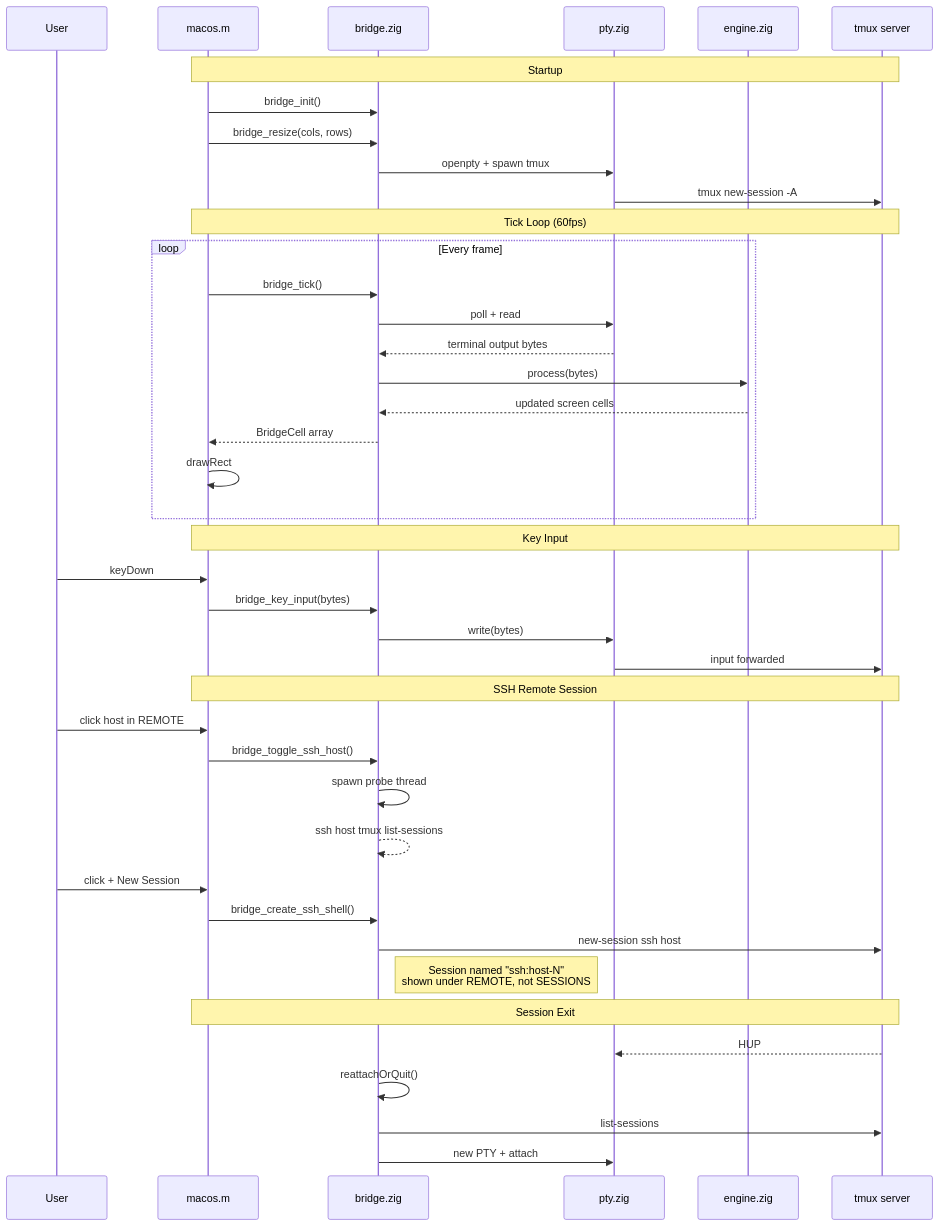
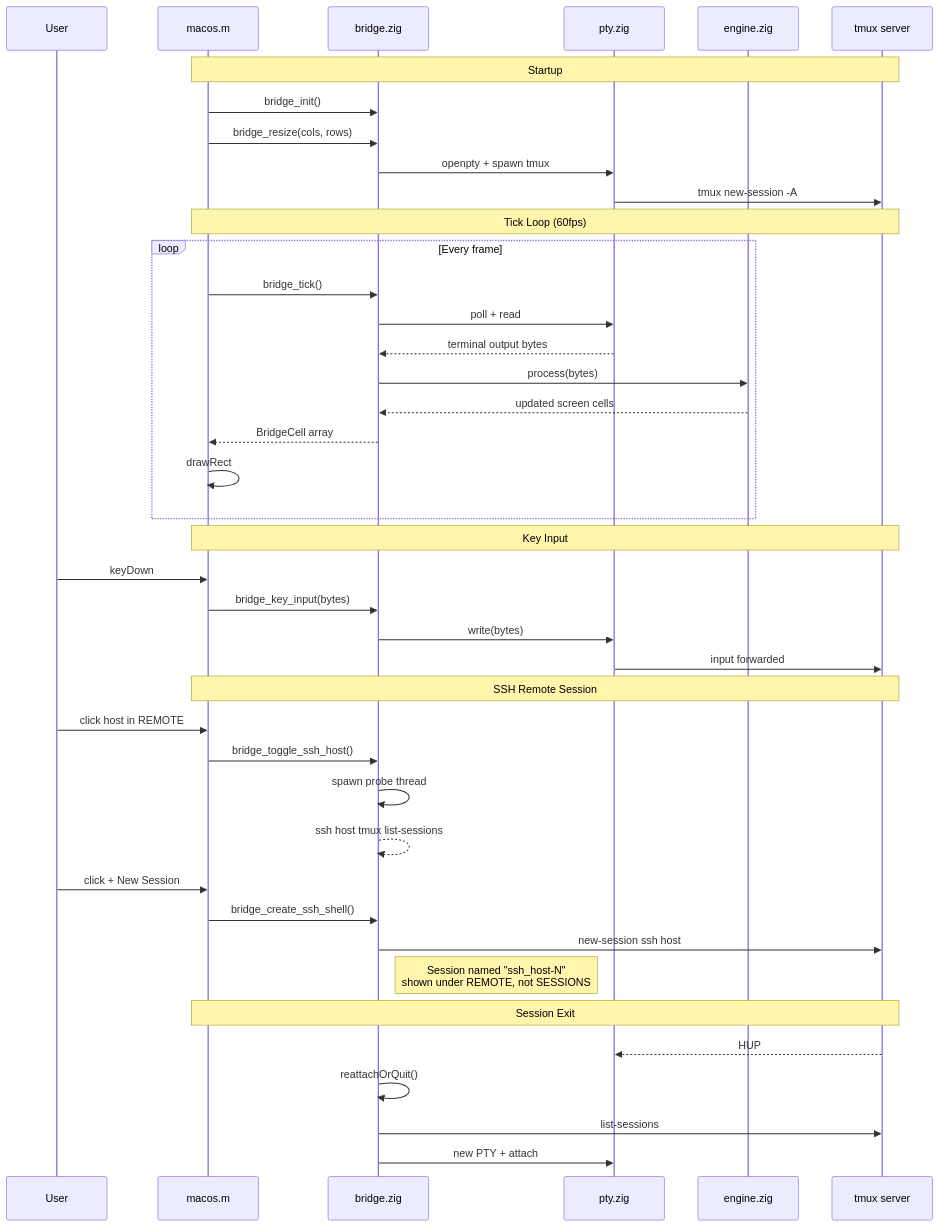
Before and after one commit to Cypressxyx/MultiplexTerm: the second of 2 diagrams in AGENTS.md, drawn with Mermaid. The commit also changed other lines of this file and 2 other files, not shown here.

First line of the commit message:
Fix SSH session prefix: use ssh_ instead of ssh: (tmux replaces : with _)

````diff
--- a/AGENTS.md
+++ b/AGENTS.md
@@ -99,48 +99,48 @@
 ```mermaid
 sequenceDiagram
     participant User
     participant GUI as macos.m
     participant Bridge as bridge.zig
     participant PTY as pty.zig
     participant Engine as engine.zig
     participant Tmux as tmux server
 
     Note over GUI,Tmux: Startup
     GUI->>Bridge: bridge_init()
     GUI->>Bridge: bridge_resize(cols, rows)
     Bridge->>PTY: openpty + spawn tmux
     PTY->>Tmux: tmux new-session -A
 
     Note over GUI,Tmux: Tick Loop (60fps)
     loop Every frame
         GUI->>Bridge: bridge_tick()
         Bridge->>PTY: poll + read
         PTY-->>Bridge: terminal output bytes
         Bridge->>Engine: process(bytes)
         Engine-->>Bridge: updated screen cells
         Bridge-->>GUI: BridgeCell array
         GUI->>GUI: drawRect
     end
 
     Note over GUI,Tmux: Key Input
     User->>GUI: keyDown
     GUI->>Bridge: bridge_key_input(bytes)
     Bridge->>PTY: write(bytes)
     PTY->>Tmux: input forwarded
 
     Note over GUI,Tmux: SSH Remote Session
     User->>GUI: click host in REMOTE
     GUI->>Bridge: bridge_toggle_ssh_host()
     Bridge->>Bridge: spawn probe thread
     Bridge-->>Bridge: ssh host tmux list-sessions
     User->>GUI: click + New Session
     GUI->>Bridge: bridge_create_ssh_shell()
     Bridge->>Tmux: new-session ssh host
-    Note right of Bridge: Session named "ssh:host-N"<br/>shown under REMOTE, not SESSIONS
+    Note right of Bridge: Session named "ssh_host-N"<br/>shown under REMOTE, not SESSIONS
 
     Note over GUI,Tmux: Session Exit
     Tmux-->>PTY: HUP
     Bridge->>Bridge: reattachOrQuit()
     Bridge->>Tmux: list-sessions
     Bridge->>PTY: new PTY + attach
 ```
````
